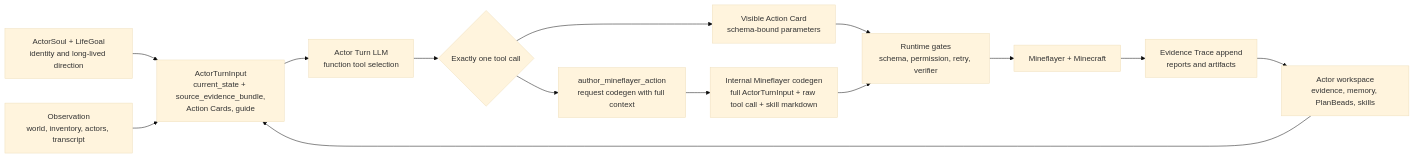
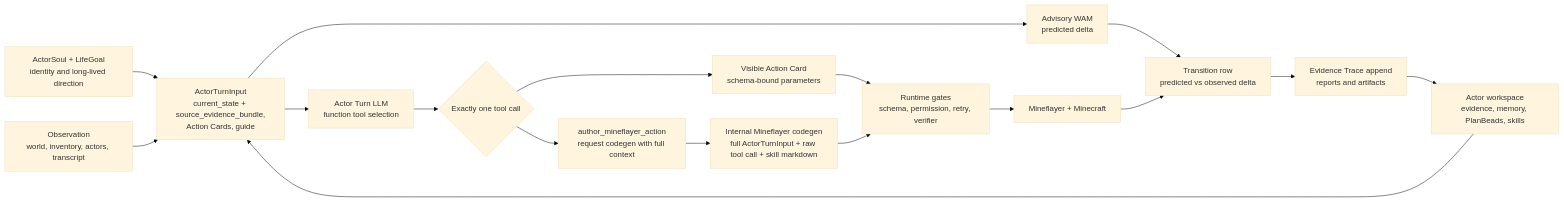
One commit to gigio1023/minecraft-llm-agent-community changed the first of 6 diagrams in CURRENT_IMPLEMENTATION_ARCHITECTURE_REVIEW.md. Above: the diagram before and after it, drawn with Mermaid (base theme). The commit also changed other lines of this file and 34 other files, not shown here.

````diff
--- a/CURRENT_IMPLEMENTATION_ARCHITECTURE_REVIEW.md
+++ b/CURRENT_IMPLEMENTATION_ARCHITECTURE_REVIEW.md
@@ -38,23 +44,27 @@
 ```mermaid
 flowchart LR
   Soul["ActorSoul + LifeGoal<br/>identity and long-lived direction"]
   Workspace["Actor workspace<br/>evidence, memory, PlanBeads, skills"]
   Observe["Observation<br/>world, inventory, actors, transcript"]
   Input["ActorTurnInput<br/>current_state + source_evidence_bundle,<br/>Action Cards, guide"]
+  WAM["Advisory WAM<br/>predicted delta"]
   LLM["Actor Turn LLM<br/>function tool selection"]
   Choice{"Exactly one tool call"}
   Card["Visible Action Card<br/>schema-bound parameters"]
   Author["author_mineflayer_action<br/>request codegen with full context"]
   Runtime["Runtime gates<br/>schema, permission, retry, verifier"]
   Codegen["Internal Mineflayer codegen<br/>full ActorTurnInput + raw tool call + skill markdown"]
   MC["Mineflayer + Minecraft"]
+  Row["Transition row<br/>predicted vs observed delta"]
   Evidence["Evidence Trace append<br/>reports and artifacts"]
 
   Soul --> Input
   Workspace --> Input
   Observe --> Input
+  Input --> WAM
   Input --> LLM --> Choice
   Choice --> Card --> Runtime
   Choice --> Author --> Codegen --> Runtime
-  Runtime --> MC --> Evidence --> Workspace
+  WAM --> Row
+  Runtime --> MC --> Row --> Evidence --> Workspace
 ```
````
